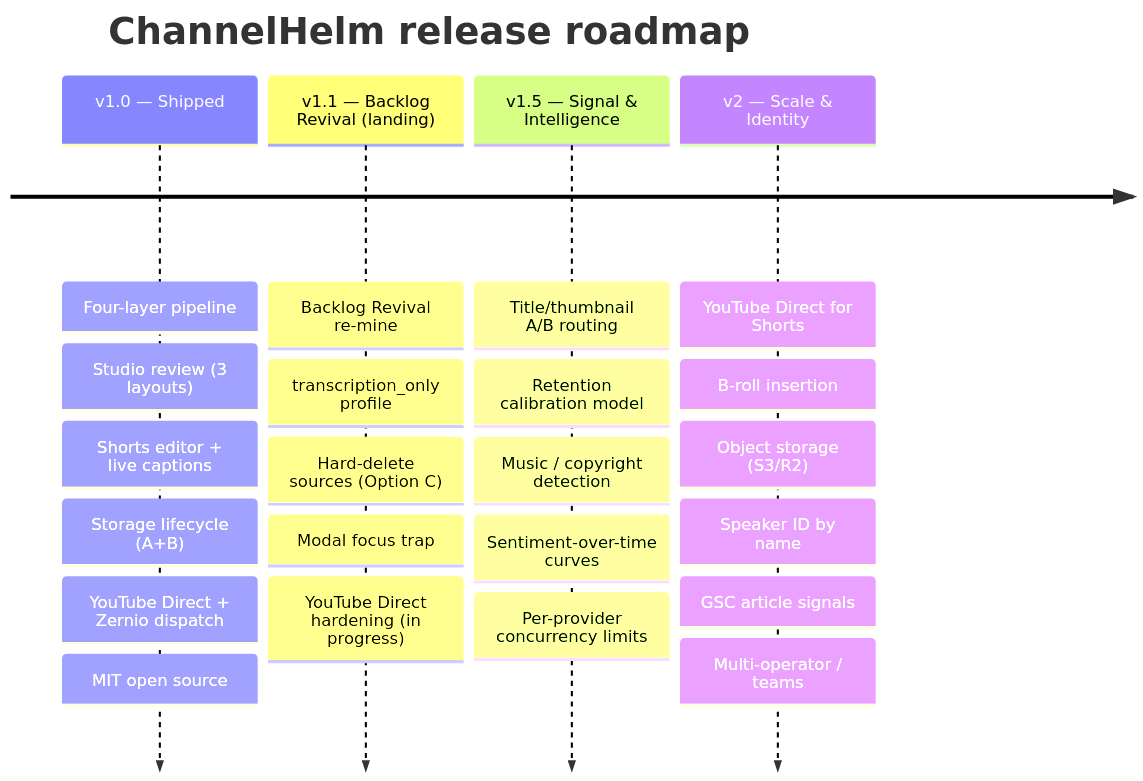
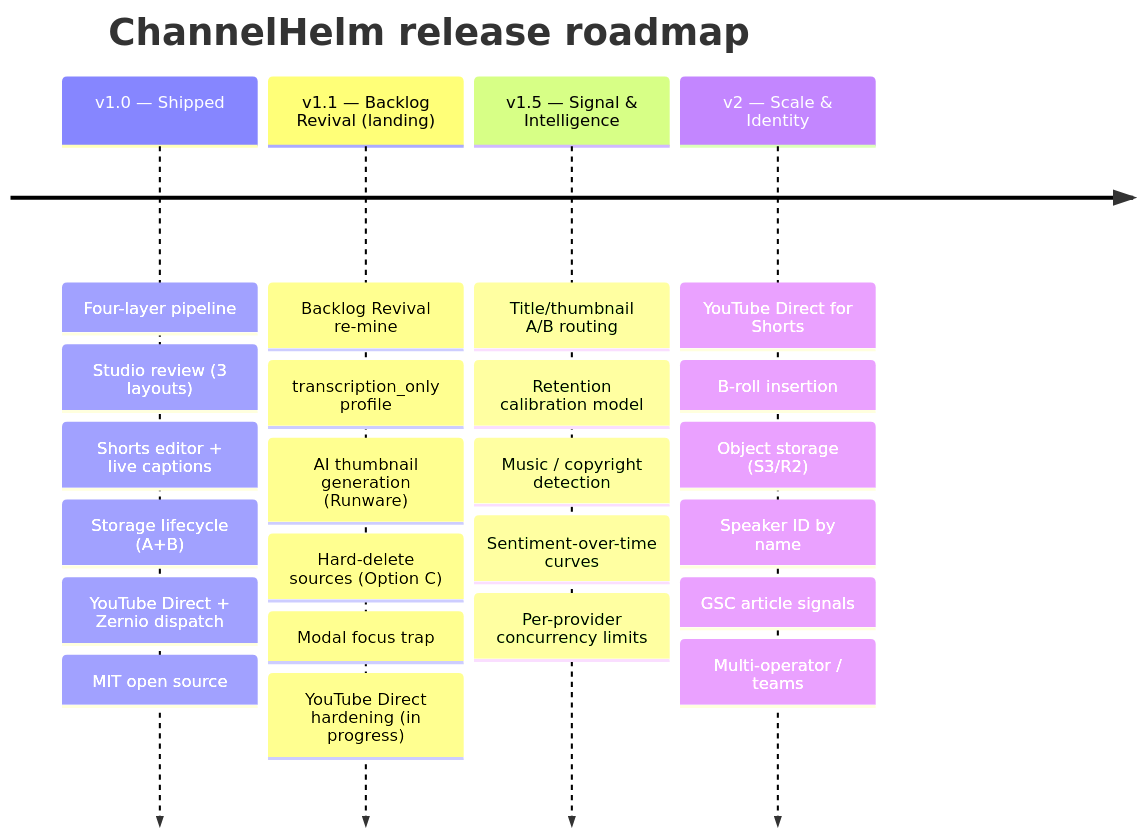
The diagram in ROADMAP.md (MeyerThorsten/ChannelHelm), drawn with Mermaid before and after one commit. The commit also changed 4 other files, not shown here.

````diff
--- a/ROADMAP.md
+++ b/ROADMAP.md
@@ -5,8 +5,8 @@
 ```mermaid
 timeline
     title ChannelHelm release roadmap
     v1.0 — Shipped : Four-layer pipeline : Studio review (3 layouts) : Shorts editor + live captions : Storage lifecycle (A+B) : YouTube Direct + Zernio dispatch : MIT open source
-    v1.1 — Backlog Revival (landing) : Backlog Revival re-mine : transcription_only profile : Hard-delete sources (Option C) : Modal focus trap : YouTube Direct hardening (in progress)
+    v1.1 — Backlog Revival (landing) : Backlog Revival re-mine : transcription_only profile : AI thumbnail generation (Runware) : Hard-delete sources (Option C) : Modal focus trap : YouTube Direct hardening (in progress)
     v1.5 — Signal & Intelligence : Title/thumbnail A/B routing : Retention calibration model : Music / copyright detection : Sentiment-over-time curves : Per-provider concurrency limits
     v2 — Scale & Identity : YouTube Direct for Shorts : B-roll insertion : Object storage (S3/R2) : Speaker ID by name : GSC article signals : Multi-operator / teams
 ```
````
